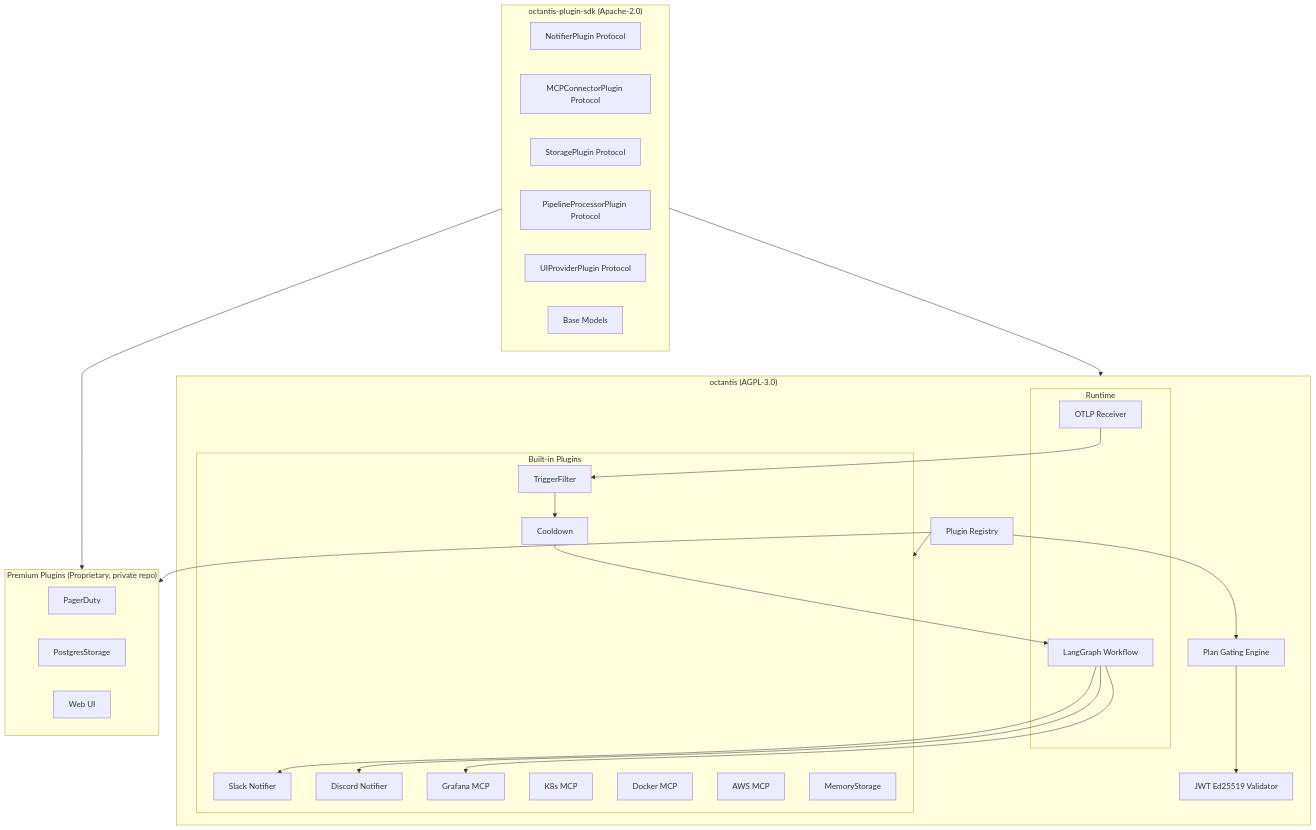
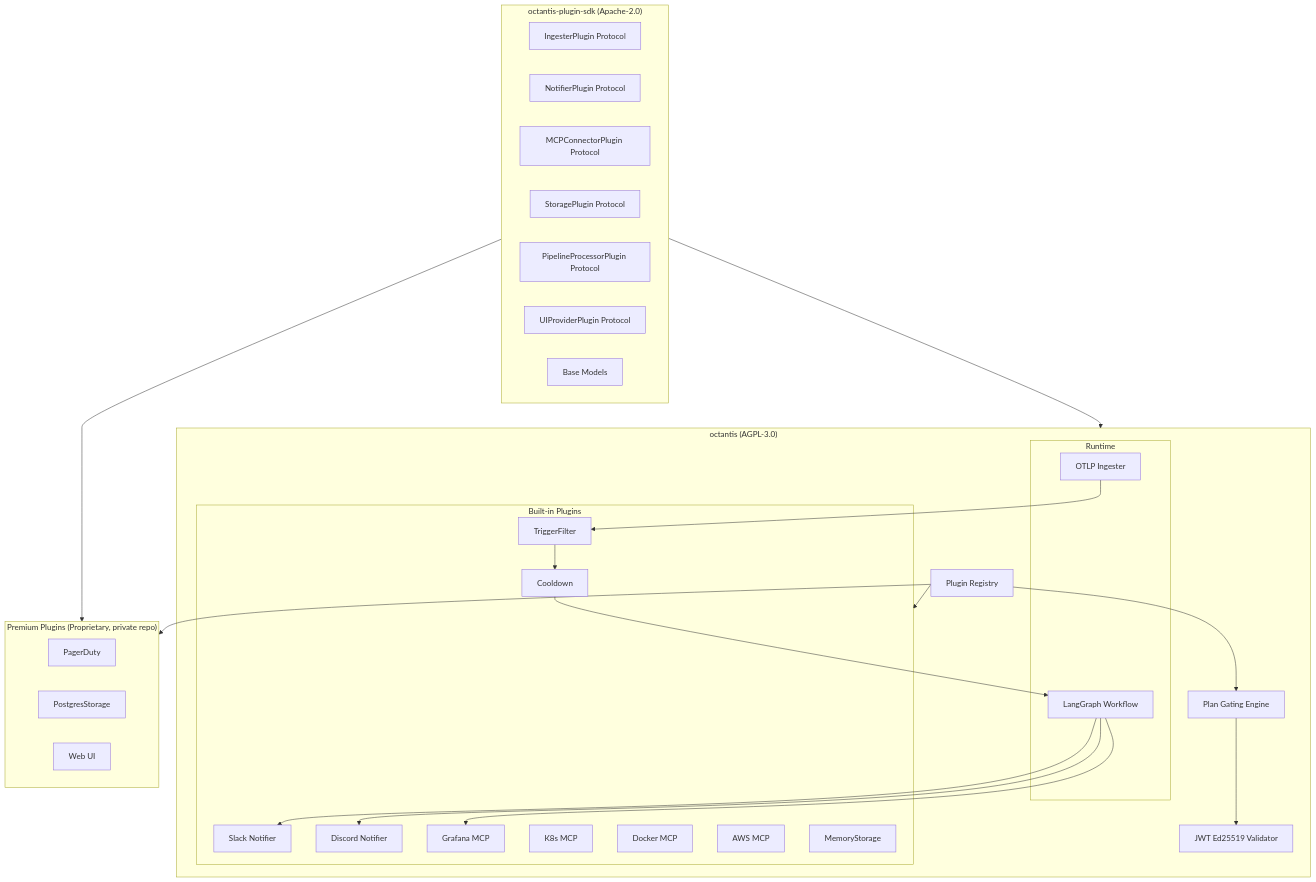
The first of 7 diagrams in docs/tech-specs/tech-spec-005-plugin-architecture.md (Vinny1892/octantis), drawn with Mermaid before and after one commit. The commit also changed other lines of this file and 56 other files, not shown here.

````diff
--- a/docs/tech-specs/tech-spec-005-plugin-architecture.md
+++ b/docs/tech-specs/tech-spec-005-plugin-architecture.md
@@ -99,51 +99,52 @@
 ```mermaid
 graph TB
     subgraph SDK["octantis-plugin-sdk (Apache-2.0)"]
+        IP[IngesterPlugin Protocol]
         NP[NotifierPlugin Protocol]
         MP[MCPConnectorPlugin Protocol]
         SP[StoragePlugin Protocol]
         PP[PipelineProcessorPlugin Protocol]
         UP[UIProviderPlugin Protocol]
         BM[Base Models]
     end
 
     subgraph Core["octantis (AGPL-3.0)"]
         REG[Plugin Registry]
         PGE[Plan Gating Engine]
         JWT[JWT Ed25519 Validator]
 
         subgraph BuiltIn["Built-in Plugins"]
             SLACK[Slack Notifier]
             DISCORD[Discord Notifier]
             GRAFANA[Grafana MCP]
             K8S[K8s MCP]
             DOCKER[Docker MCP]
             AWS[AWS MCP]
             TF[TriggerFilter]
             CD[Cooldown]
             MEM[MemoryStorage]
         end
 
         subgraph Runtime["Runtime"]
-            OTLP[OTLP Receiver]
+            OTLP[OTLP Ingester]
             WF[LangGraph Workflow]
         end
     end
 
     subgraph Premium["Premium Plugins (Proprietary, private repo)"]
         PD[PagerDuty]
         PG[PostgresStorage]
         WEB[Web UI]
     end
 
     SDK --> Core
     SDK --> Premium
     PGE --> JWT
     REG --> PGE
     REG --> BuiltIn
     REG --> Premium
     OTLP --> TF --> CD --> WF
     WF --> GRAFANA
     WF --> SLACK
     WF --> DISCORD
 ```
````
